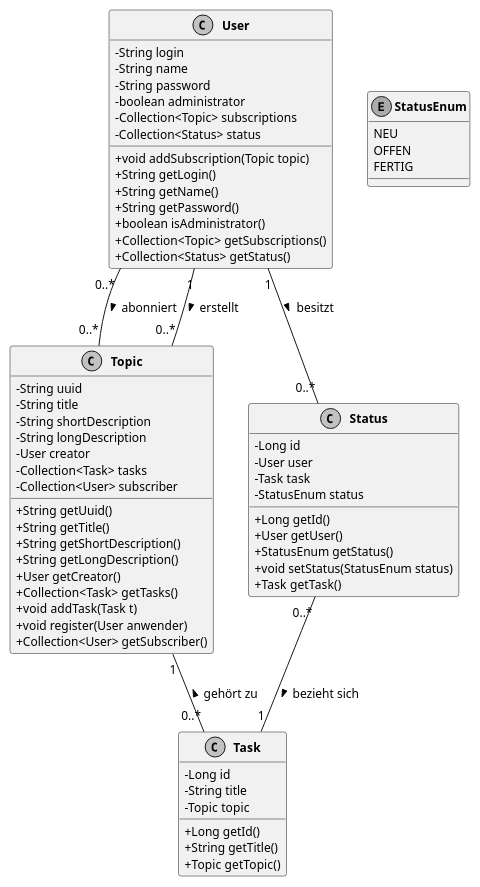
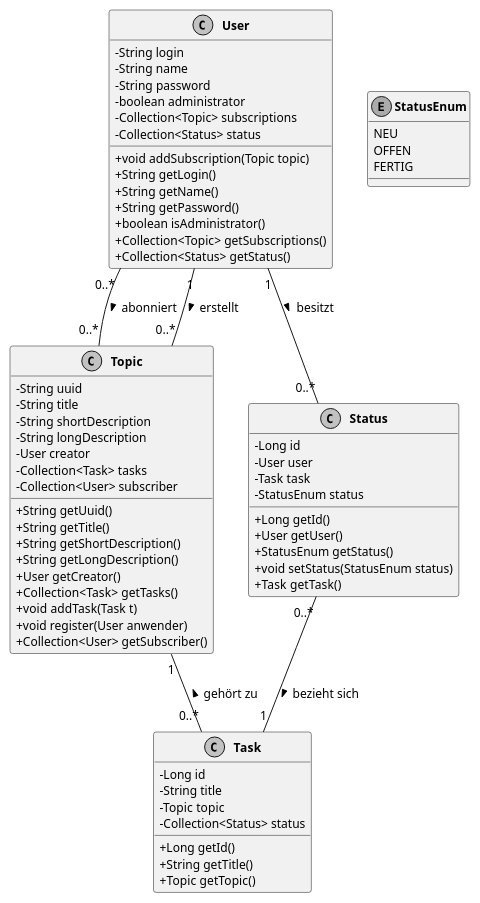
Before and after one commit to SimonHirner/agenda20: the diagram in doku/Datenmodell.plantuml, drawn with PlantUML. The commit also changed 10 other files, not shown here.

```diff
--- a/doku/Datenmodell.plantuml
+++ b/doku/Datenmodell.plantuml
@@ -1,82 +1,83 @@
 @startuml
 
 ' Layout
 skinparam classAttributeIconSize 0
 skinparam monochrome true
 skinparam shadowing false
 skinparam DefaultFontName arial
 skinparam DefaultFontSize 12
 skinparam ClassFontStyle bold
 hide empty fields
 
 ' Assoziationen
 User "0..*" -- "0..*" Topic : > abonniert
 User "1" -- "0..*" Topic : > erstellt
 User "1" -- "0..*" Status : > besitzt
 Topic "1" -- "0..*" Task : < gehört zu
 Status "0..*" -- "1" Task : > bezieht sich
 
 ' Klassen
 class Status [[java:edu.hm.cs.katz.swt2.agenda.persistence.Status]] {
 	-Long id
 	-User user
 	-Task task
 	-StatusEnum status
 	+Long getId()
 	+User getUser()
 	+StatusEnum getStatus()
 	+void setStatus(StatusEnum status)
 	+Task getTask()
 }
 
 class Task [[java:edu.hm.cs.katz.swt2.agenda.persistence.Task]] {
 	-Long id
 	-String title
 	-Topic topic
+	-Collection<Status> status
 	+Long getId()
 	+String getTitle()
 	+Topic getTopic()
 }
 
 class User [[java:edu.hm.cs.katz.swt2.agenda.persistence.User]] {
 	-String login
 	-String name
 	-String password
 	-boolean administrator
 	-Collection<Topic> subscriptions
 	-Collection<Status> status
 	+void addSubscription(Topic topic)
 	+String getLogin()
 	+String getName()
 	+String getPassword()
 	+boolean isAdministrator()
 	+Collection<Topic> getSubscriptions()
 	+Collection<Status> getStatus()
 }
 
 class Topic [[java:edu.hm.cs.katz.swt2.agenda.persistence.Topic]] {
 	-String uuid
 	-String title
 	-String shortDescription
 	-String longDescription
 	-User creator
 	-Collection<Task> tasks
 	-Collection<User> subscriber
 	+String getUuid()
 	+String getTitle()
 	+String getShortDescription()
 	+String getLongDescription()
 	+User getCreator()
 	+Collection<Task> getTasks()
 	+void addTask(Task t)
 	+void register(User anwender)
 	+Collection<User> getSubscriber()
 }
 
 enum StatusEnum [[java:edu.hm.cs.katz.swt2.agenda.common.StatusEnum]] {
 	NEU
 	OFFEN
 	FERTIG
 }
 
 @enduml
```
